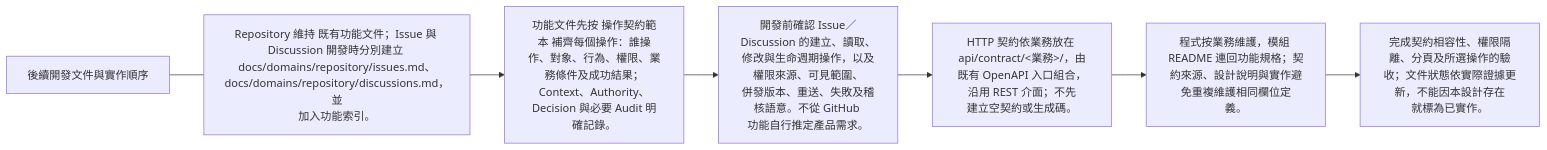
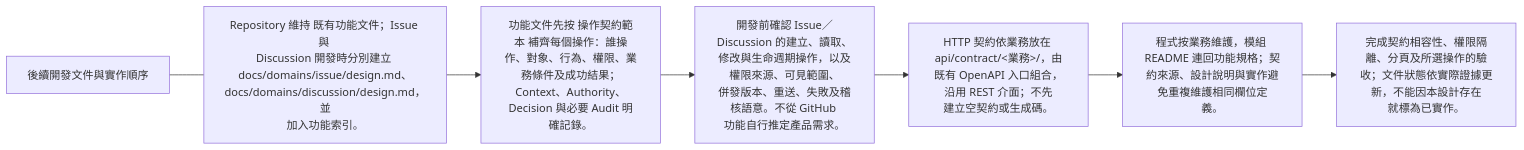
Diagram 25 of 26 in docs/proposals/platform/domain-model.md (963sup/line-mini-app-bot), drawn with Mermaid before and after one commit. The commit also changed other lines of this file and 205 other files, not shown here.

````diff
--- a/docs/proposals/platform/domain-model.md
+++ b/docs/proposals/platform/domain-model.md
@@ -251,12 +251,12 @@
 ```mermaid
 flowchart LR
   h["後續開發文件與實作順序"]
-  h --- n0["Repository 維持 既有功能文件；Issue 與 <br/>Discussion 開發時分別建立 <br/>docs/domains/repository/issues.md、<br/>docs/domains/repository/discussions.md，並<br/>加入功能索引。"]
+  h --- n0["Repository 維持 既有功能文件；Issue 與 <br/>Discussion 開發時分別建立 <br/>docs/domains/issue/design.md、<br/>docs/domains/discussion/design.md，並<br/>加入功能索引。"]
   click n0 "../../domains/repository/README.md"
   n0 --> n1["功能文件先按 操作契約範本 補齊每個操作：誰操<br/>作、對象、行為、權限、業務條件及成功結果；<br/>Context、Authority、Decision 與必要 Audit 明<br/>確記錄。"]
   click n1 "../../architecture/contracts/business-operations.md#功能操作契約範本"
   n1 --> n2["開發前確認 Issue／Discussion 的建立、讀取、<br/>修改與生命週期操作，以及權限來源、可見範圍、<br/>併發版本、重送、失敗及稽核語意。不從 GitHub <br/>功能自行推定產品需求。"]
   n2 --> n3["HTTP 契約依業務放在 api/contract/&lt;業務&gt;/，由<br/>既有 OpenAPI 入口組合，沿用 REST 介面；不先<br/>建立空契約或生成碼。"]
   n3 --> n4["程式按業務維護，模組 README 連回功能規格；契<br/>約來源、設計說明與實作避免重複維護相同欄位定<br/>義。"]
   n4 --> n5["完成契約相容性、權限隔離、分頁及所選操作的驗<br/>收；文件狀態依實際證據更新，不能因本設計存在<br/>就標為已實作。"]
 ```
````
